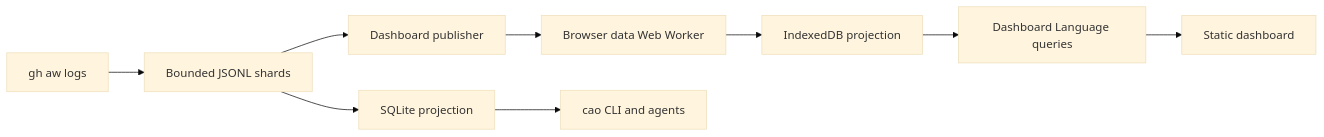
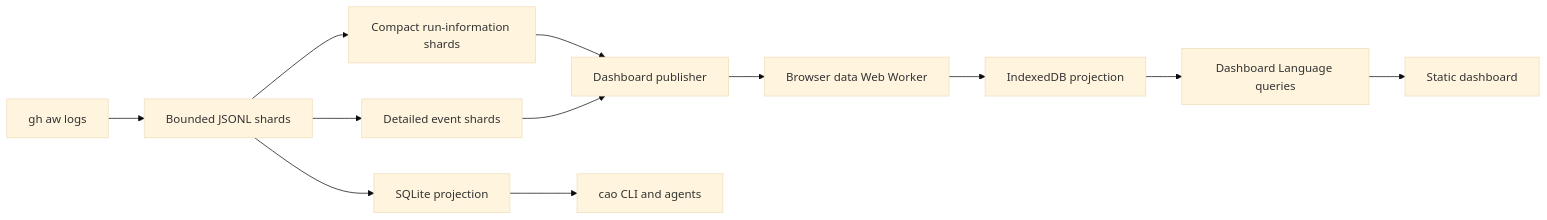
The second of 2 diagrams in ARCHITECTURE.md (elefthei/gh-aw-cao), drawn with Mermaid (base theme) before and after one commit. The commit also changed other lines of this file and 40 other files, not shown here.

Commit message:
Accelerate activity ingestion with run-first shards (#12392)

````diff
--- a/ARCHITECTURE.md
+++ b/ARCHITECTURE.md
@@ -70,17 +70,22 @@
 ```mermaid
 flowchart LR
     Logs["gh aw logs"]
     Shards["Bounded JSONL shards"]
+    Runs["Compact run-information shards"]
+    Events["Detailed event shards"]
     SQLite["SQLite projection"]
     Publisher["Dashboard publisher"]
     Worker["Browser data Web Worker"]
     IndexedDB["IndexedDB projection"]
     Query["Dashboard Language queries"]
     UI["Static dashboard"]
     CLI["cao CLI and agents"]
 
     Logs --> Shards
     Shards --> SQLite --> CLI
-    Shards --> Publisher --> Worker
+    Shards --> Runs
+    Shards --> Events
+    Runs --> Publisher
+    Events --> Publisher --> Worker
     Worker --> IndexedDB --> Query --> UI
 ```
````
